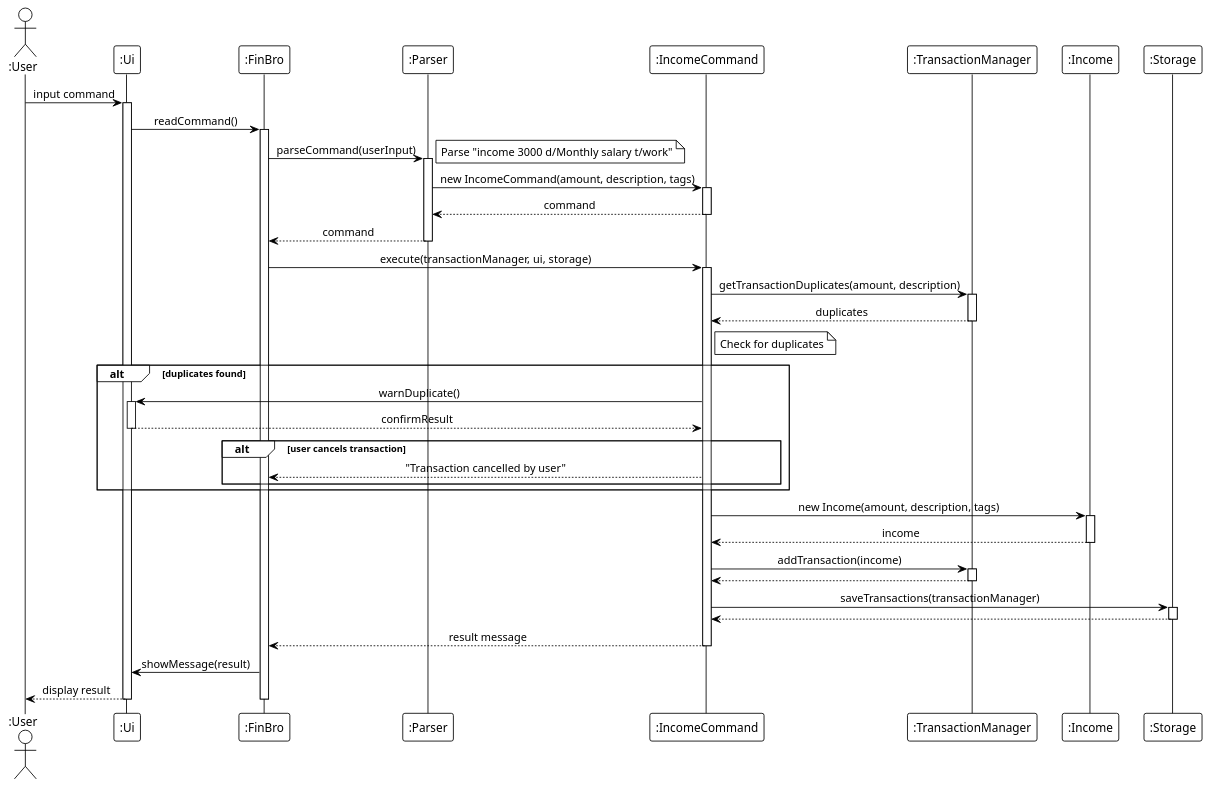
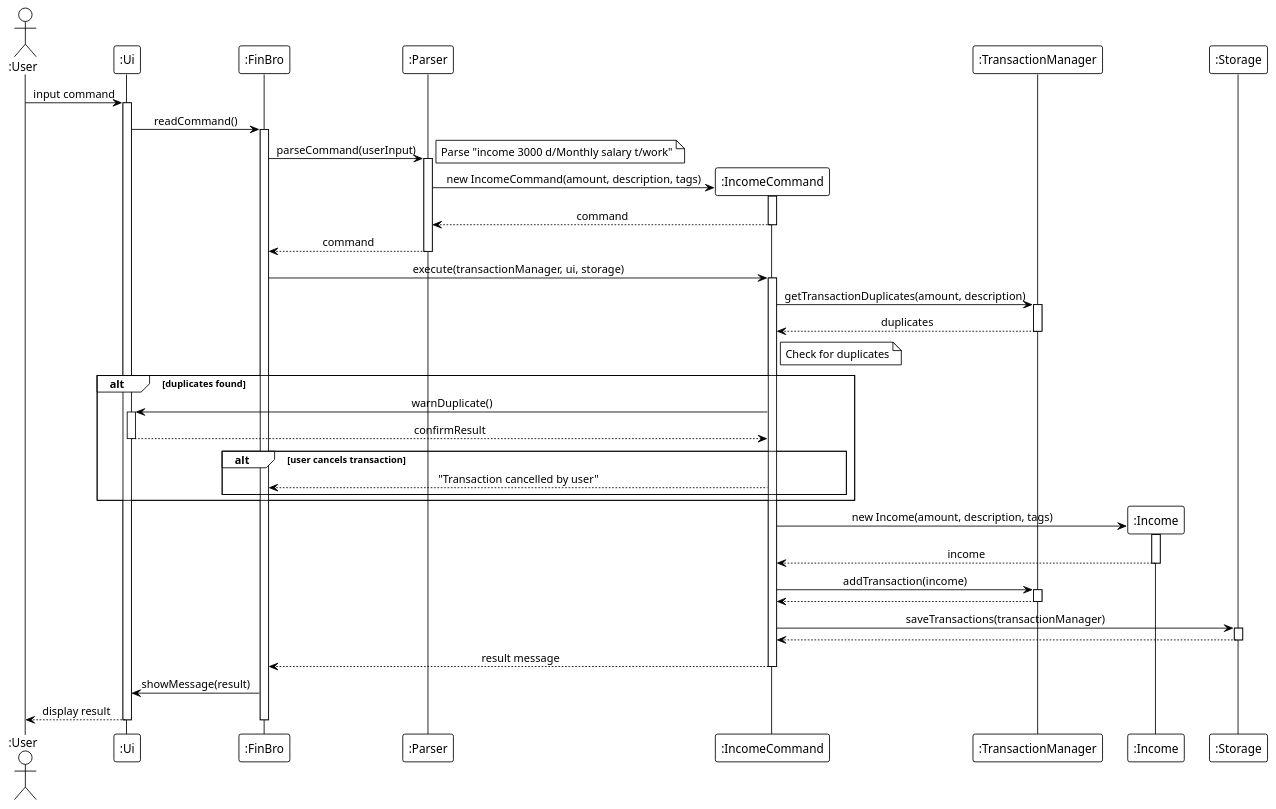
Before and after one commit to laitcanard05/tp: diagram 15 of 21 in docs/DeveloperGuide.md, drawn with PlantUML. The commit also changed other lines of this file, not shown here.

````diff
--- a/docs/DeveloperGuide.md
+++ b/docs/DeveloperGuide.md
@@ -1328,78 +1328,80 @@
 ```puml
 @startuml
 !theme plain
 skinparam sequenceMessageAlign center
 skinparam responseMessageBelowArrow true
 
 actor ":User" as User
 participant ":Ui" as UI
 participant ":FinBro" as FinBro
 participant ":Parser" as Parser
 participant ":IncomeCommand" as IncomeCommand
 participant ":TransactionManager" as TransactionMgr
 participant ":Income" as Income
 participant ":Storage" as Storage
 
 User -> UI : input command
 activate UI
 
 UI -> FinBro : readCommand()
 activate FinBro
 
 FinBro -> Parser : parseCommand(userInput)
 activate Parser
 note right: Parse "income 3000 d/Monthly salary t/work"
 
+create IncomeCommand
 Parser -> IncomeCommand : new IncomeCommand(amount, description, tags)
 activate IncomeCommand
 IncomeCommand --> Parser : command
 deactivate IncomeCommand
 Parser --> FinBro : command
 deactivate Parser
 
 FinBro -> IncomeCommand : execute(transactionManager, ui, storage)
 activate IncomeCommand
 
 IncomeCommand -> TransactionMgr : getTransactionDuplicates(amount, description)
 activate TransactionMgr
 TransactionMgr --> IncomeCommand : duplicates
 deactivate TransactionMgr
 
 note right of IncomeCommand: Check for duplicates
 
 alt duplicates found
     IncomeCommand -> UI : warnDuplicate()
     activate UI
     UI --> IncomeCommand : confirmResult
     deactivate UI
 
     alt user cancels transaction
         IncomeCommand --> FinBro : "Transaction cancelled by user"
     end
 end
 
+create Income
 IncomeCommand -> Income : new Income(amount, description, tags)
 activate Income
 Income --> IncomeCommand : income
 deactivate Income
 
 IncomeCommand -> TransactionMgr : addTransaction(income)
 activate TransactionMgr
 TransactionMgr --> IncomeCommand
 deactivate TransactionMgr
 
 IncomeCommand -> Storage : saveTransactions(transactionManager)
 activate Storage
 Storage --> IncomeCommand
 deactivate Storage
 
 IncomeCommand --> FinBro : result message
 deactivate IncomeCommand
 
 FinBro -> UI : showMessage(result)
 UI --> User : display result
 deactivate UI
 deactivate FinBro
 
 @enduml
 ```
````
